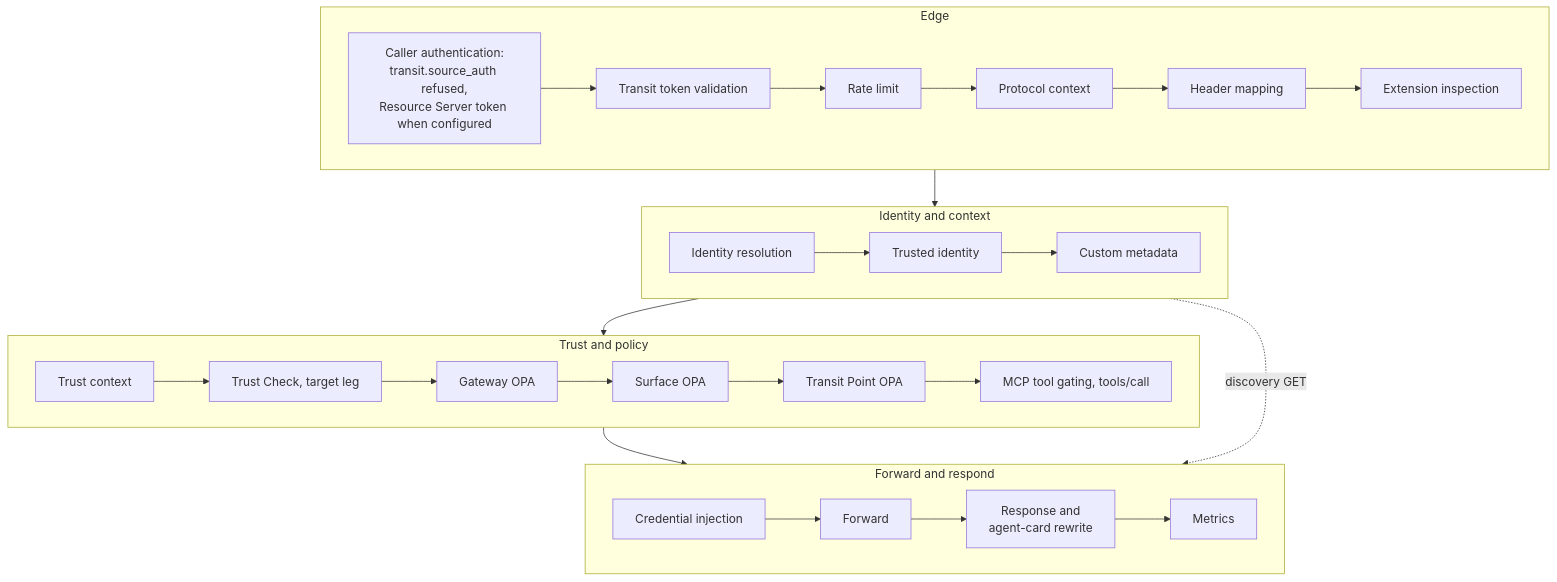
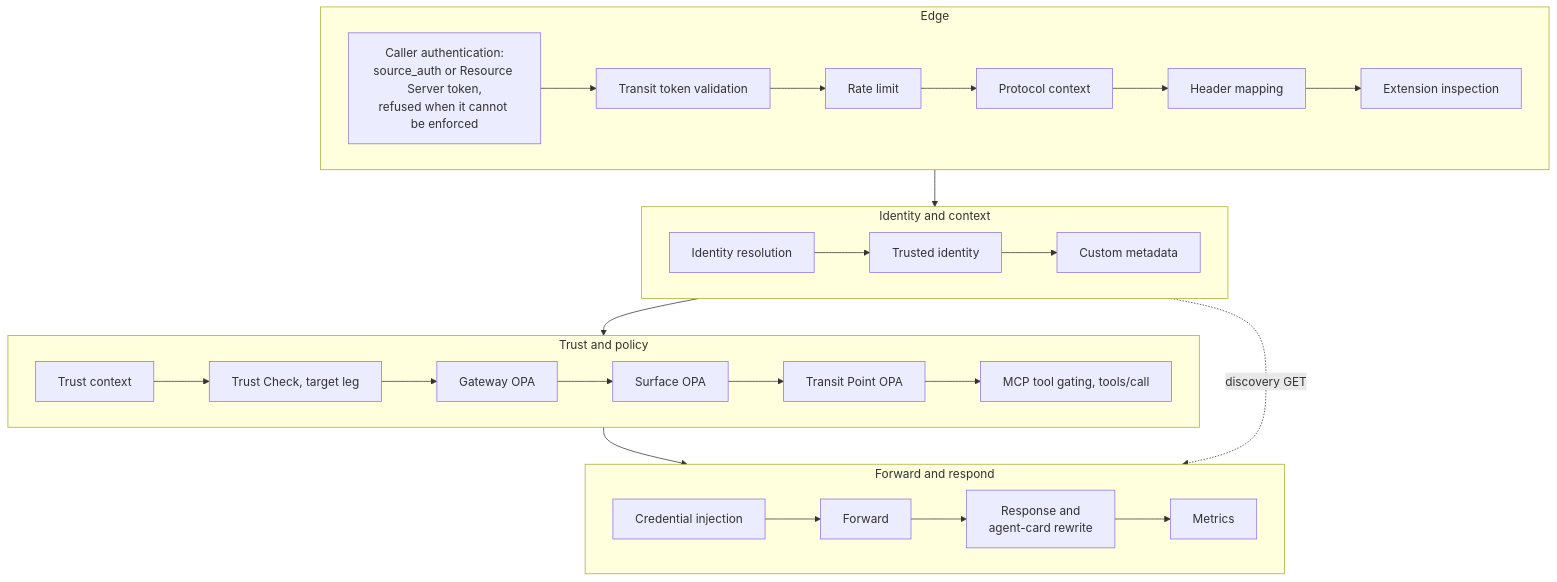
One commit to affinidi-ai/agent-gateway changed the second of 4 diagrams in ARCHITECTURE.md. Above: the diagram before and after it, drawn with Mermaid. The commit also changed other lines of this file and 62 other files, not shown here.

````diff
--- a/ARCHITECTURE.md
+++ b/ARCHITECTURE.md
@@ -171,21 +171,21 @@
 ```mermaid
 flowchart TB
     subgraph E["Edge"]
         direction LR
-        AR["Caller authentication:<br/>transit.source_auth refused,<br/>Resource Server token when configured"] --> A0[Transit token validation] --> A2[Rate limit] --> A3[Protocol context] --> A4[Header mapping] --> A5[Extension inspection]
+        AR["Caller authentication:<br/>source_auth or Resource Server token,<br/>refused when it cannot be enforced"] --> A0[Transit token validation] --> A2[Rate limit] --> A3[Protocol context] --> A4[Header mapping] --> A5[Extension inspection]
     end
     subgraph I["Identity and context"]
         direction LR
         B1[Identity resolution] --> B2[Trusted identity] --> B3[Custom metadata]
     end
     subgraph P["Trust and policy"]
         direction LR
         C0[Trust context] --> C1["Trust Check, target leg"] --> C2[Gateway OPA] --> C3[Surface OPA] --> C4[Transit Point OPA] --> C5["MCP tool gating, tools/call"]
     end
     subgraph F["Forward and respond"]
         direction LR
         D0[Credential injection] --> D1[Forward] --> D2["Response and<br/>agent-card rewrite"] --> D3[Metrics]
     end
     E --> I --> P --> F
     I -. discovery GET .-> F
 ```
````
